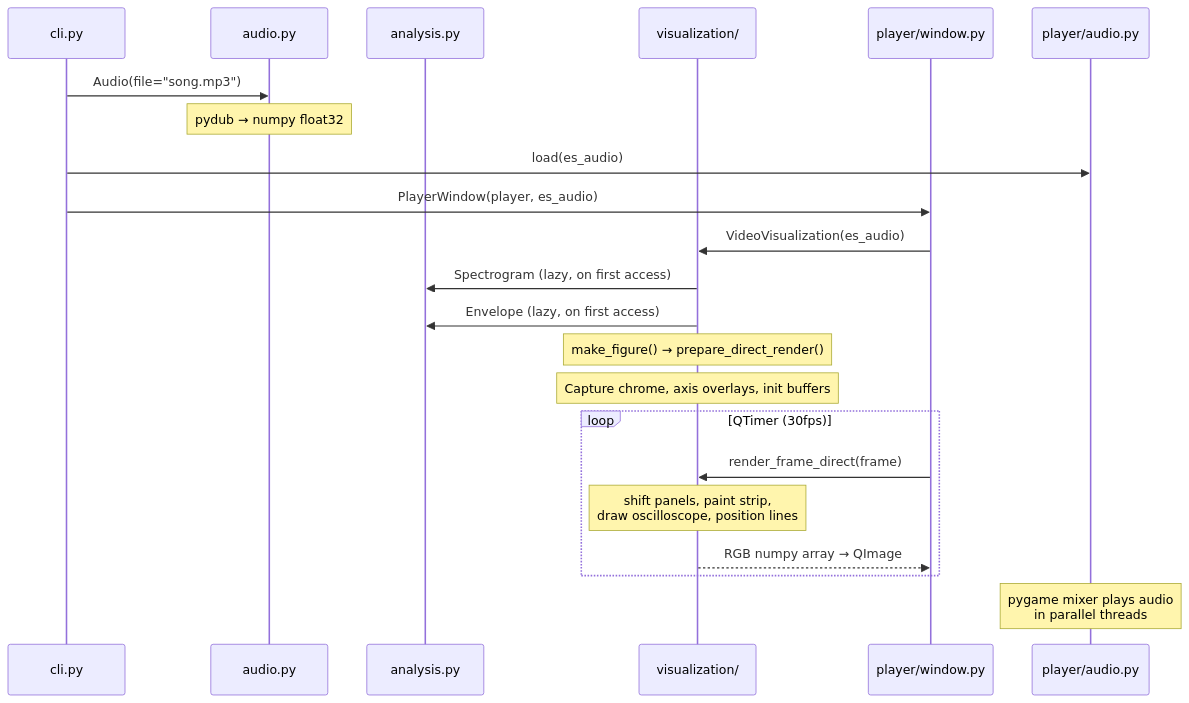
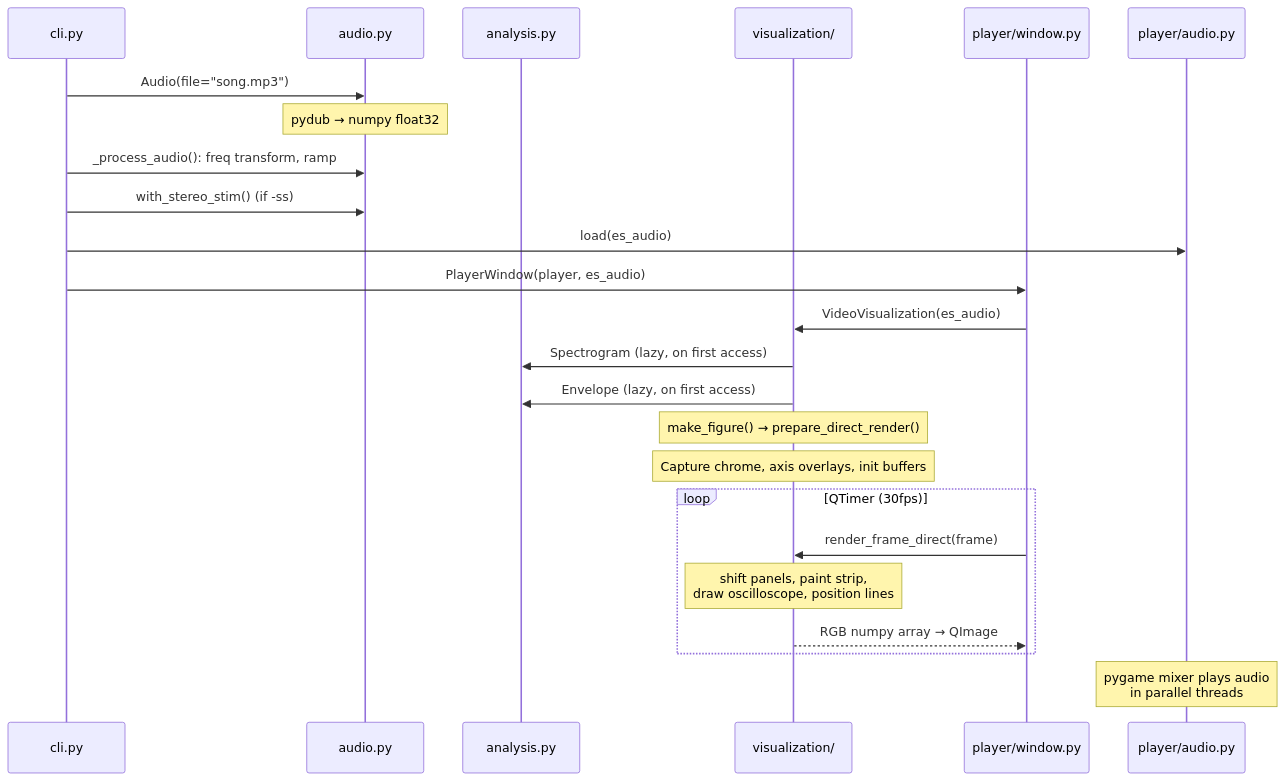
The first of 4 diagrams in docs/ARCHITECTURE.md (PsynApps/estimpy), drawn with Mermaid before and after one commit. The commit also changed other lines of this file and 3 other files, not shown here.

First line of the commit message:
feat: player respects CLI audio processing parameters

````diff
--- a/docs/ARCHITECTURE.md
+++ b/docs/ARCHITECTURE.md
@@ -111,27 +111,29 @@
 ```mermaid
 sequenceDiagram
     participant CLI as cli.py
     participant Audio as audio.py
     participant Analysis as analysis.py
     participant Viz as visualization/
     participant Window as player/window.py
     participant Engine as player/audio.py
 
     CLI->>Audio: Audio(file="song.mp3")
     Note over Audio: pydub → numpy float32
+    CLI->>Audio: _process_audio(): freq transform, ramp
+    CLI->>Audio: with_stereo_stim() (if -ss)
     CLI->>Engine: load(es_audio)
     CLI->>Window: PlayerWindow(player, es_audio)
     Window->>Viz: VideoVisualization(es_audio)
     Viz->>Analysis: Spectrogram (lazy, on first access)
     Viz->>Analysis: Envelope (lazy, on first access)
     Note over Viz: make_figure() → prepare_direct_render()
     Note over Viz: Capture chrome, axis overlays, init buffers
 
     loop QTimer (30fps)
         Window->>Viz: render_frame_direct(frame)
         Note over Viz: shift panels, paint strip,<br/>draw oscilloscope, position lines
         Viz-->>Window: RGB numpy array → QImage
     end
 
     Note over Engine: pygame mixer plays audio<br/>in parallel threads
 ```
````
